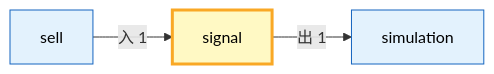
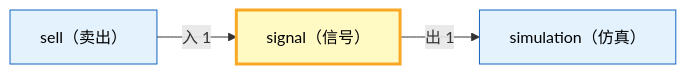
The second of 2 diagrams in docs/02_enterprise_architecture/06_decision_architecture/11_decision_l2a_signal.md (xuanFelixVan/ZephyrAlpha), drawn with Mermaid before and after one commit. The commit also changed other lines of this file and 22 other files, not shown here.

First line of the commit message:
docs(decision_arch): 双语标题+跨域图+索引表头跳转链接

````diff
--- a/docs/02_enterprise_architecture/06_decision_architecture/11_decision_l2a_signal.md
+++ b/docs/02_enterprise_architecture/06_decision_architecture/11_decision_l2a_signal.md
@@ -135,11 +135,11 @@
 ```mermaid
 flowchart LR
-    SELF["signal"]:::selfDomain
-    EXT_simulation["simulation"]:::extDomain
+    SELF["signal（信号）"]:::selfDomain
+    EXT_simulation["simulation（仿真）"]:::extDomain
     SELF -->|出 1| EXT_simulation
-    EXT_sell["sell"]:::extDomain
+    EXT_sell["sell（卖出）"]:::extDomain
     EXT_sell -->|入 1| SELF
 
     classDef selfDomain fill:#fff9c4,stroke:#f9a825,stroke-width:3px,color:#000
     classDef extDomain fill:#e3f2fd,stroke:#1565c0,stroke-width:1px,color:#000
 ```
````
